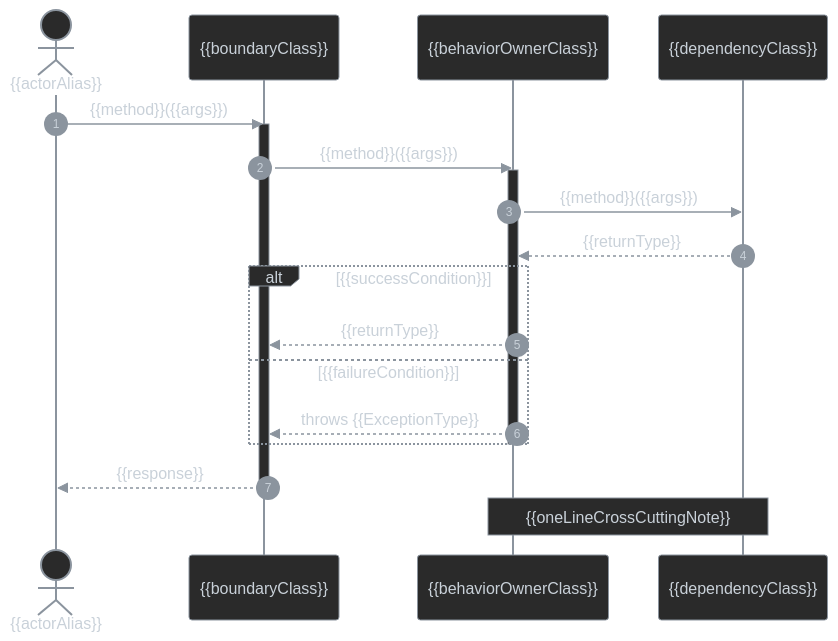
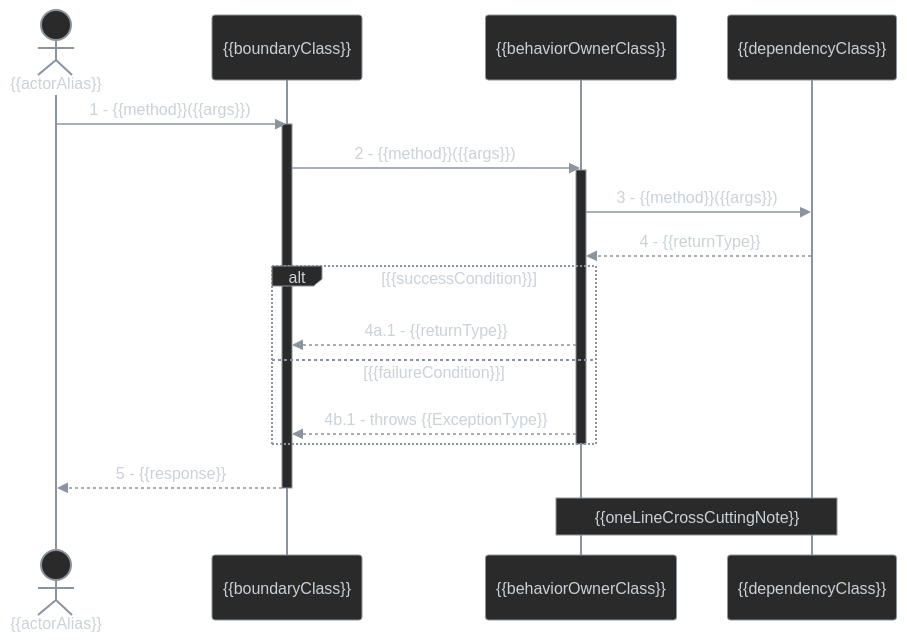
The diagram in plugins/wf/skills/doc-behavior-diagram/templates/sequence-diagram-template.md (antshc/brain), drawn with Mermaid before and after one commit. The commit also changed other lines of this file and 5 other files, not shown here.

Commit message:
Add Mermaid diagram templates and validation script with step numbering rules

````diff
--- a/plugins/wf/skills/doc-behavior-diagram/templates/sequence-diagram-template.md
+++ b/plugins/wf/skills/doc-behavior-diagram/templates/sequence-diagram-template.md
@@ -60,36 +68,34 @@
 ```mermaid
 %%{init: {'themeVariables': {
     'lineColor': '#8b949e',
     'actorBkg': '#2a2a2a', 'actorBorder': '#8b949e', 'actorTextColor': '#c9d1d9', 'actorLineColor': '#8b949e',
     'signalColor': '#8b949e', 'signalTextColor': '#c9d1d9',
     'labelBoxBkgColor': '#2a2a2a', 'labelBoxBorderColor': '#8b949e', 'labelTextColor': '#c9d1d9',
     'loopTextColor': '#c9d1d9',
     'noteBkgColor': '#2a2a2a', 'noteBorderColor': '#8b949e', 'noteTextColor': '#c9d1d9',
-    'activationBorderColor': '#8b949e', 'activationBkgColor': '#2a2a2a',
-    'sequenceNumberColor': '#c9d1d9'
+    'activationBorderColor': '#8b949e', 'activationBkgColor': '#2a2a2a'
 }}}%%
 %% diagram-id: {{diagramId}}
 sequenceDiagram
-    autonumber
     actor {{actorAlias}}
     participant {{boundaryAlias}} as {{boundaryClass}}
     participant {{ownerAlias}} as {{behaviorOwnerClass}}
     participant {{dependencyAlias}} as {{dependencyClass}}
 
-    {{actorAlias}}->>{{boundaryAlias}}: {{method}}({{args}})
+    {{actorAlias}}->>{{boundaryAlias}}: 1 - {{method}}({{args}})
     activate {{boundaryAlias}}
-    {{boundaryAlias}}->>{{ownerAlias}}: {{method}}({{args}})
+    {{boundaryAlias}}->>{{ownerAlias}}: 2 - {{method}}({{args}})
     activate {{ownerAlias}}
-    {{ownerAlias}}->>{{dependencyAlias}}: {{method}}({{args}})
-    {{dependencyAlias}}-->>{{ownerAlias}}: {{returnType}}
+    {{ownerAlias}}->>{{dependencyAlias}}: 3 - {{method}}({{args}})
+    {{dependencyAlias}}-->>{{ownerAlias}}: 4 - {{returnType}}
     alt {{successCondition}}
-        {{ownerAlias}}-->>{{boundaryAlias}}: {{returnType}}
+        {{ownerAlias}}-->>{{boundaryAlias}}: 4a.1 - {{returnType}}
     else {{failureCondition}}
-        {{ownerAlias}}-->>{{boundaryAlias}}: throws {{ExceptionType}}
+        {{ownerAlias}}-->>{{boundaryAlias}}: 4b.1 - throws {{ExceptionType}}
     end
     deactivate {{ownerAlias}}
-    {{boundaryAlias}}-->>{{actorAlias}}: {{response}}
+    {{boundaryAlias}}-->>{{actorAlias}}: 5 - {{response}}
     deactivate {{boundaryAlias}}
 
     note over {{ownerAlias}},{{dependencyAlias}}: {{oneLineCrossCuttingNote}}
 ```
````
